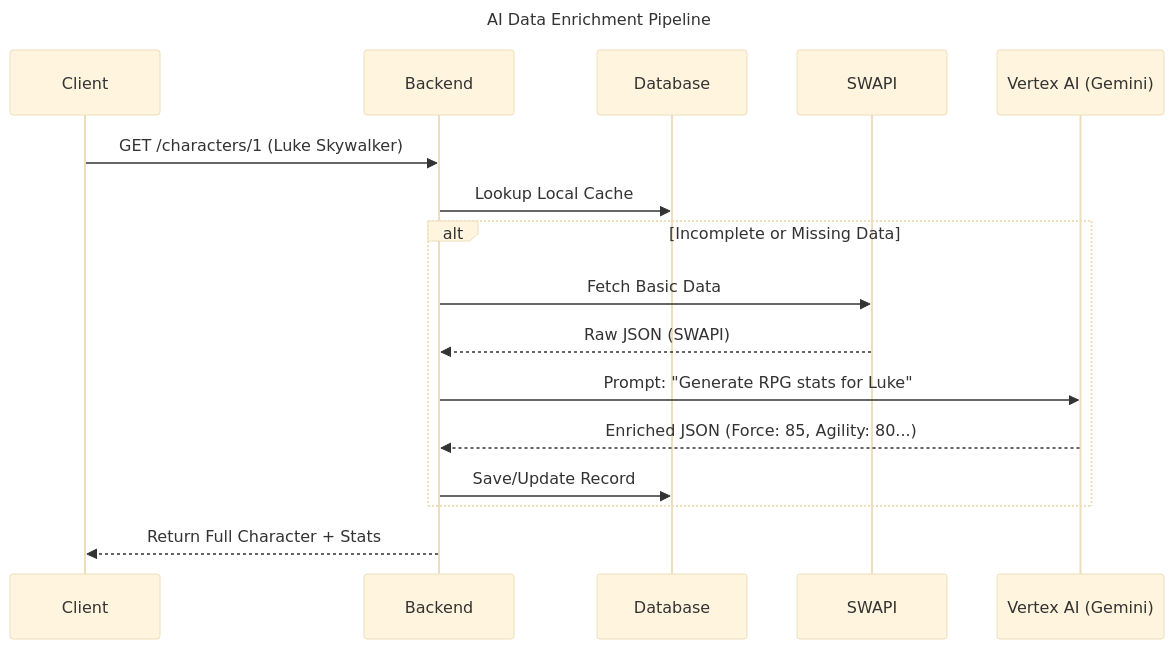
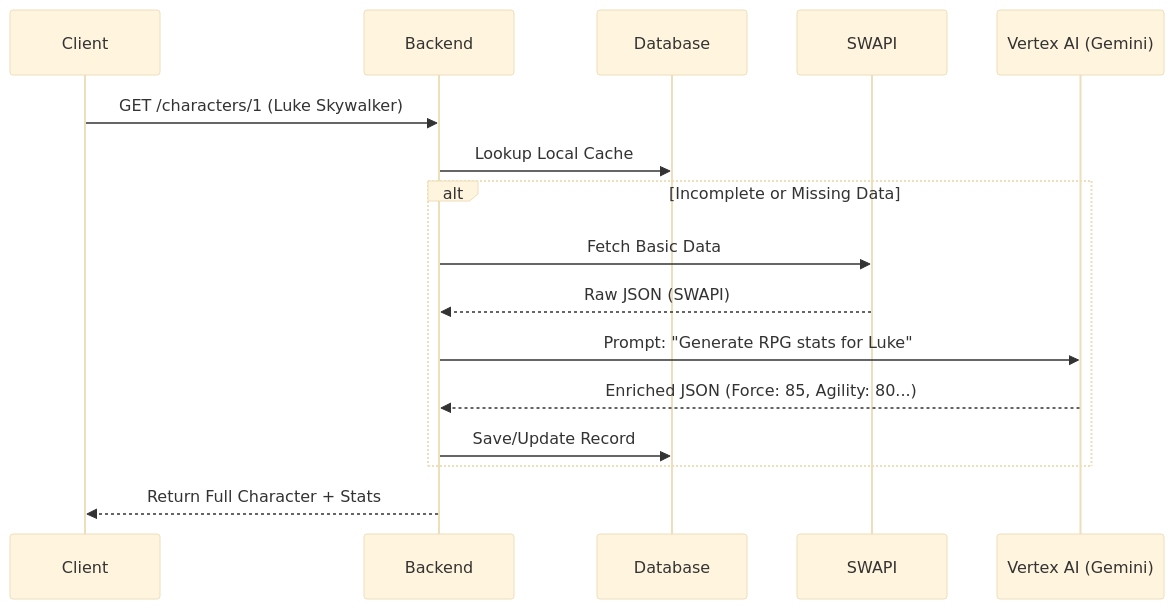
The second of 7 diagrams in portfolio-content/projects/Star-Wars-App-english.md (wmakeouthill/certificados-wesley), drawn with Mermaid (base theme) before and after one commit. The commit also changed other lines of this file and 3 other files, not shown here.

````diff
--- a/portfolio-content/projects/Star-Wars-App-english.md
+++ b/portfolio-content/projects/Star-Wars-App-english.md
@@ -202,24 +200,22 @@
 ```mermaid
----
-title: AI Data Enrichment Pipeline
----
+%%{title: "AI Data Enrichment Pipeline"}%%
 sequenceDiagram
     participant C as Client
     participant B as Backend
     participant DB as Database
     participant SW as SWAPI
     participant AI as Vertex AI (Gemini)
 
     C->>B: GET /characters/1 (Luke Skywalker)
     B->>DB: Lookup Local Cache
     
     alt Incomplete or Missing Data
         B->>SW: Fetch Basic Data
         SW-->>B: Raw JSON (SWAPI)
         B->>AI: Prompt: "Generate RPG stats for Luke"
         AI-->>B: Enriched JSON (Force: 85, Agility: 80...)
         B->>DB: Save/Update Record
     end
     
     B-->>C: Return Full Character + Stats
 ```
````
